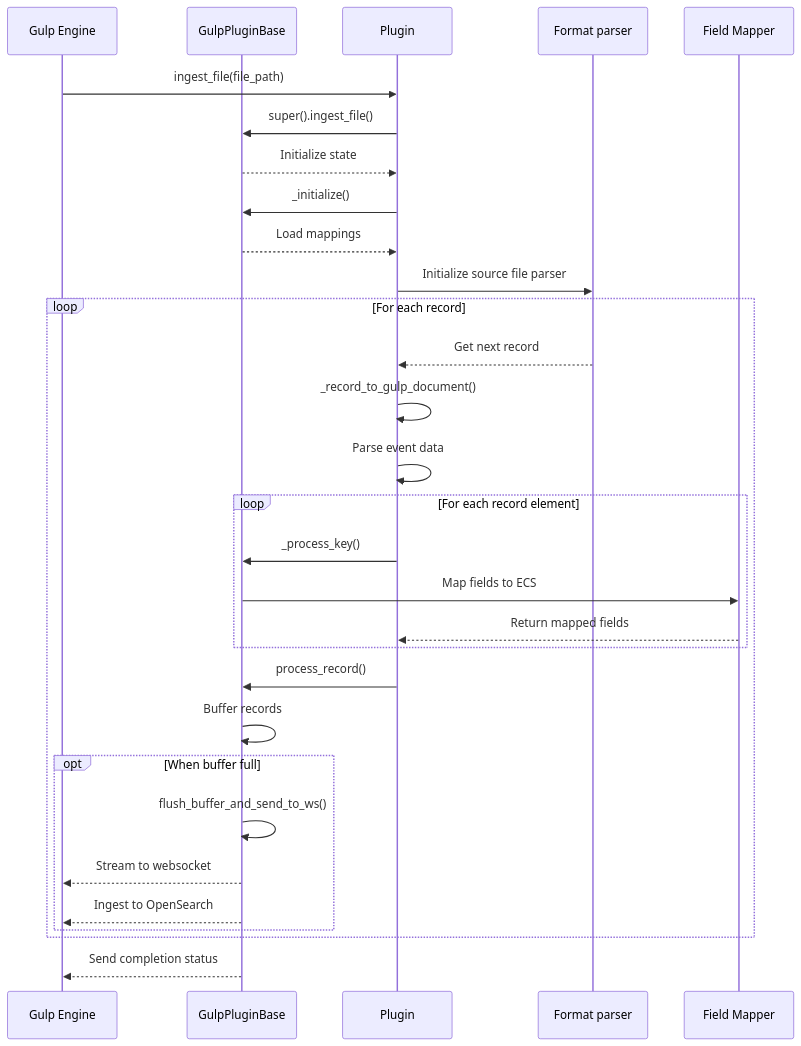
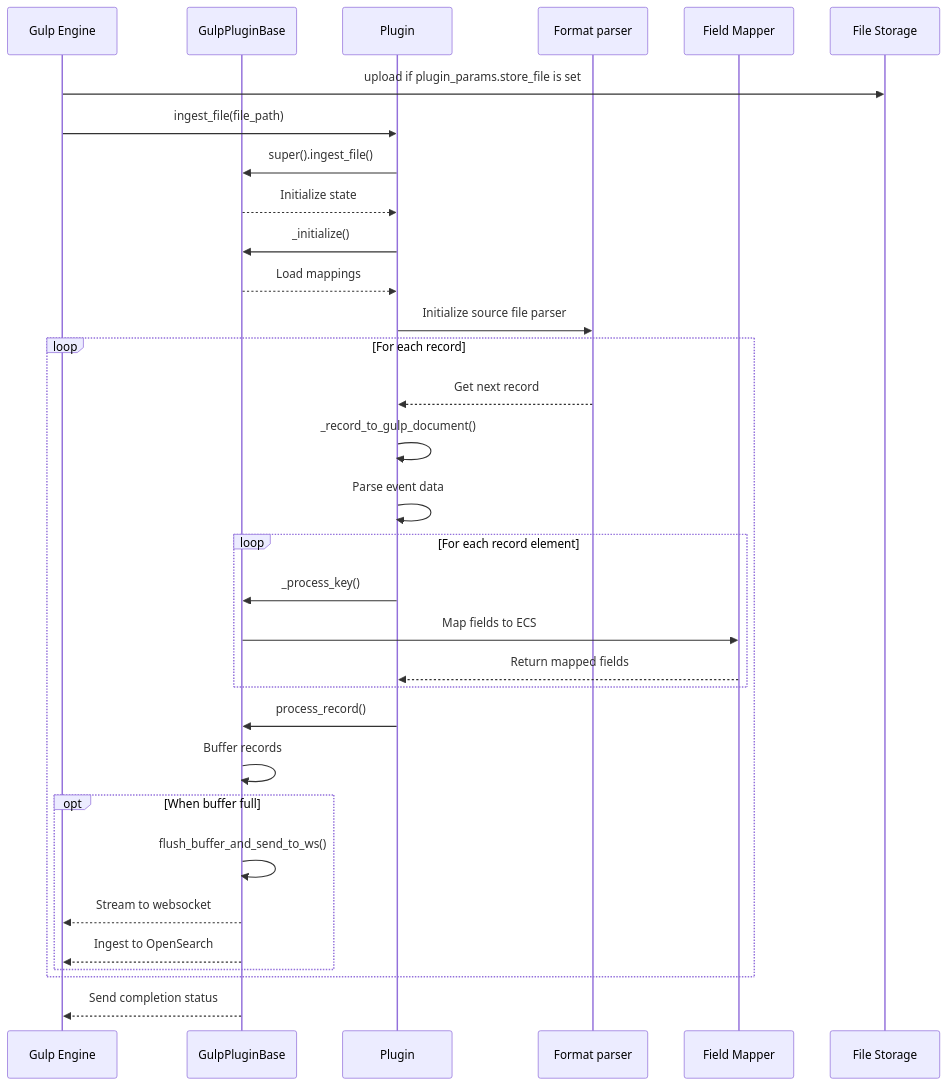
Before and after one commit to mentat-is/gulp: the first of 5 diagrams in docs/plugins_and_mapping.md, drawn with Mermaid. The commit also changed other lines of this file and 17 other files, not shown here.

Commit message:
core: implemented file storage, plugins can use it via GulpPluginParameters.store_file (bool). a minio instance is added to the docker compose

```diff
--- a/docs/plugins_and_mapping.md
+++ b/docs/plugins_and_mapping.md
@@ -219,38 +220,40 @@
 ~~~mermaid
 sequenceDiagram
     participant Engine as Gulp Engine
     participant Base as GulpPluginBase
     participant Plugin as Plugin
     participant Parser as Format parser
     participant Mapper as Field Mapper
-
+    participant MinIO as File Storage
+    
+    Engine->>MinIO: upload if plugin_params.store_file is set
     Engine->>Plugin: ingest_file(file_path)
     Plugin->>Base: super().ingest_file()
     Base-->>Plugin: Initialize state
     Plugin->>Base: _initialize()
     Base-->>Plugin: Load mappings
 
     Plugin->>Parser: Initialize source file parser
 
     loop For each record
         Parser-->>Plugin: Get next record
         Plugin->>Plugin: _record_to_gulp_document()
         Plugin->>Plugin: Parse event data
 
         loop For each record element
             Plugin->>Base: _process_key()
             Base->>Mapper: Map fields to ECS
             Mapper-->>Plugin: Return mapped fields
         end
 
         Plugin->>Base: process_record()
         Base->>Base: Buffer records
         opt When buffer full
             Base->>Base: flush_buffer_and_send_to_ws()
             Base-->>Engine: Stream to websocket
             Base-->>Engine: Ingest to OpenSearch
         end
     end
 
     Base-->>Engine: Send completion status
 ~~~
```
